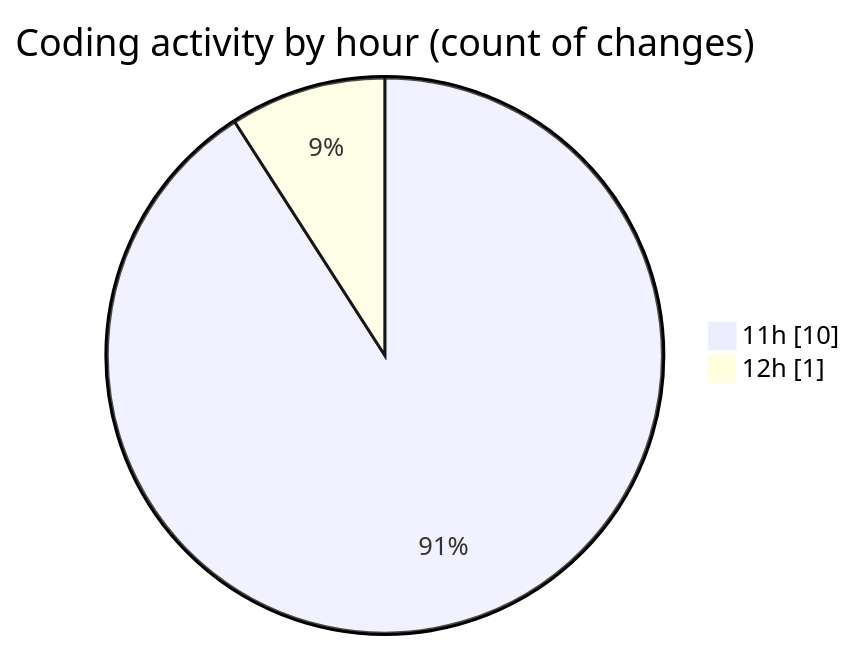
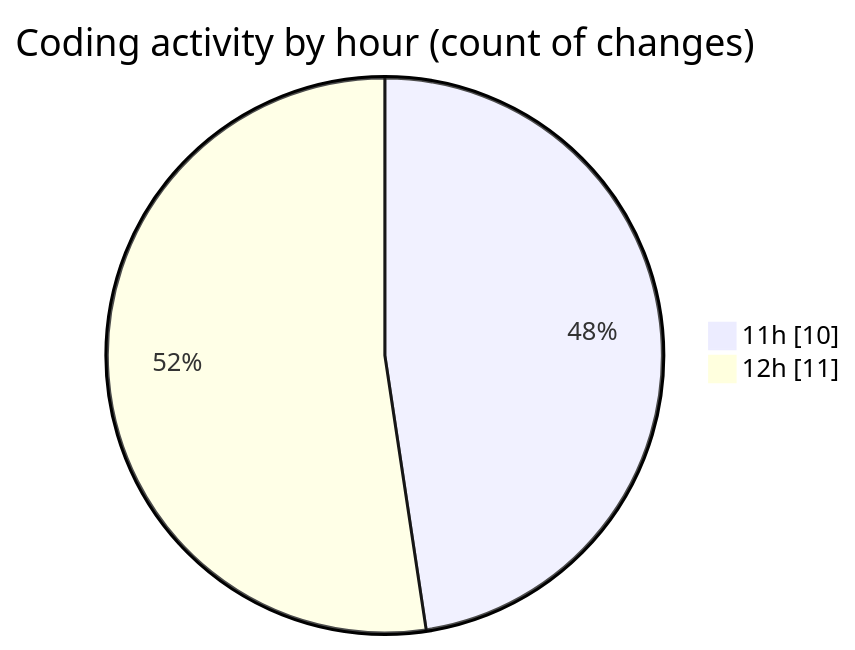
Before and after one commit to debugP/code-tracking: the second of 2 diagrams in 2025-09-24/plugins/README.md, drawn with Mermaid. The commit also changed other lines of this file and 1 other file, not shown here.

````diff
--- a/2025-09-24/plugins/README.md
+++ b/2025-09-24/plugins/README.md
@@ -28,6 +28,6 @@
 ```mermaid
 pie showData
 title Coding activity by hour (count of changes)
 "11h" : 10
-"12h" : 1
+"12h" : 11
 ```
````
